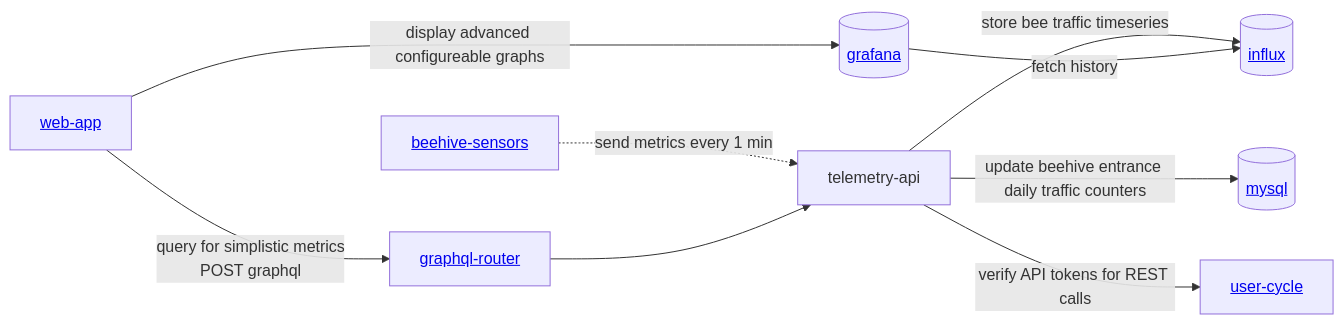
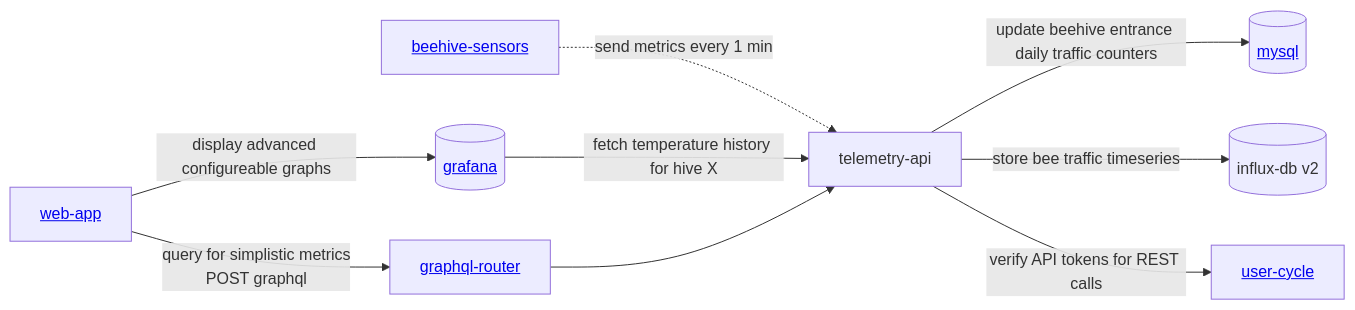
One commit to Gratheon/website changed the diagram in docs/beehive-sensors/beehive-sensors.md. Above: the diagram before and after it, drawn with Mermaid. The commit also changed 1 other file, not shown here.

Commit message:
vault backup: 2024-12-15 09:39:46

````diff
--- a/docs/beehive-sensors/beehive-sensors.md
+++ b/docs/beehive-sensors/beehive-sensors.md
@@ -14,13 +14,15 @@
 ```mermaid
 flowchart LR
 	beehive-sensors[<a href="https://github.com/Gratheon/beehive-sensors">beehive-sensors</a>] -."send metrics every 1 min".-> telemetry-api
 
 	telemetry-api --"update beehive entrance daily traffic counters"--> mysql[(<a href="https://github.com/Gratheon/mysql">mysql</a>)]
-	telemetry-api --"store bee traffic timeseries" --> influx[(<a href="https://github.com/Gratheon/grafana">influx</a>)]
-	grafana[(<a href="https://github.com/Gratheon/grafana">grafana</a>)] --"fetch history"--> influx
+	
+	telemetry-api --"store bee traffic timeseries" --> influx[(influx-db v2)]
+	
+	grafana[(<a href="https://github.com/Gratheon/grafana">grafana</a>)] --"fetch temperature history for hive X"--> telemetry-api
 
 	telemetry-api --"verify API tokens for REST calls"--> user-cycle[<a href="https://github.com/Gratheon/user-cycle">user-cycle</a>]
 	web-app[<a href="https://github.com/Gratheon/web-app">web-app</a>] --"display advanced configureable graphs"--> grafana
 	web-app --"query for simplistic metrics\nPOST graphql"-->graphql-router[<a href="https://github.com/Gratheon/graphql-router">graphql-router</a>]--> telemetry-api
 
 ```
````
